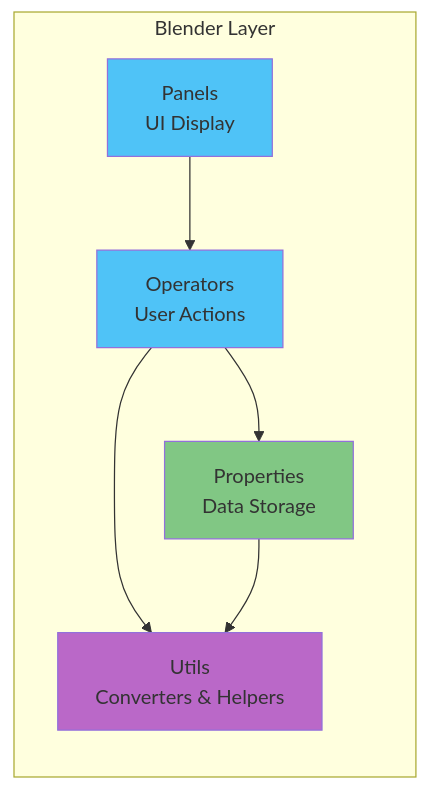
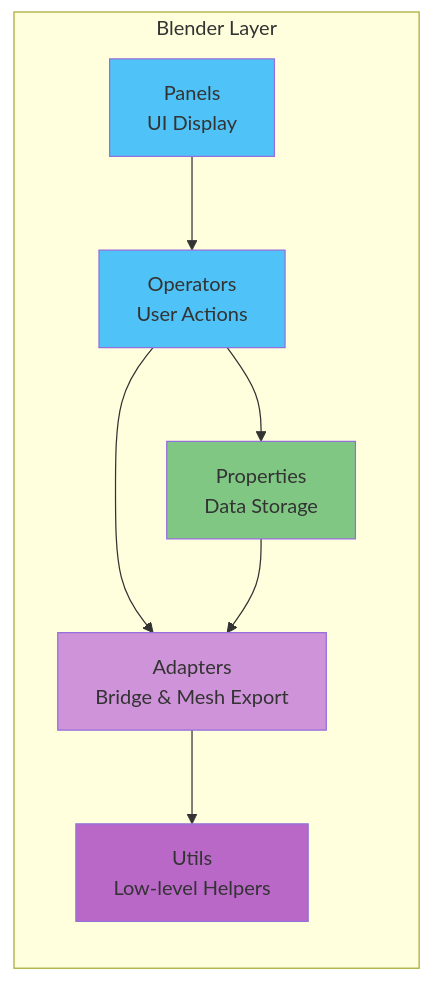
Before and after one commit to arounamounchili/linkforge: the second of 8 diagrams in ARCHITECTURE.md, drawn with Mermaid. The commit also changed other lines of this file and 3 other files, not shown here.

Commit message:
docs: update architecture and API references for hexagonal refactor (#72)

````diff
--- a/ARCHITECTURE.md
+++ b/ARCHITECTURE.md
@@ -68,19 +68,22 @@
 ```mermaid
 graph LR
     subgraph "Blender Layer"
         Panels[Panels<br/>UI Display]
         Operators[Operators<br/>User Actions]
         Properties[Properties<br/>Data Storage]
-        Utils[Utils<br/>Converters & Helpers]
+        Adapters[Adapters<br/>Bridge & Mesh Export]
+        Utils[Utils<br/>Low-level Helpers]
     end
 
     Panels --> Operators
     Operators --> Properties
-    Operators --> Utils
-    Properties --> Utils
+    Operators --> Adapters
+    Properties --> Adapters
+    Adapters --> Utils
 
     style Panels fill:#4fc3f7
     style Operators fill:#4fc3f7
     style Properties fill:#81c784
+    style Adapters fill:#ce93d8
     style Utils fill:#ba68c8
 ```
````
